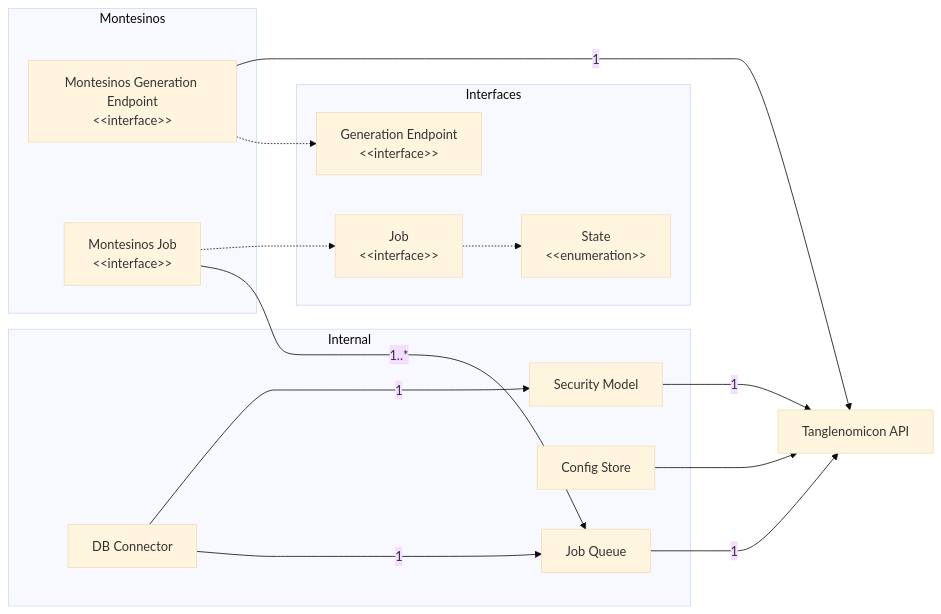
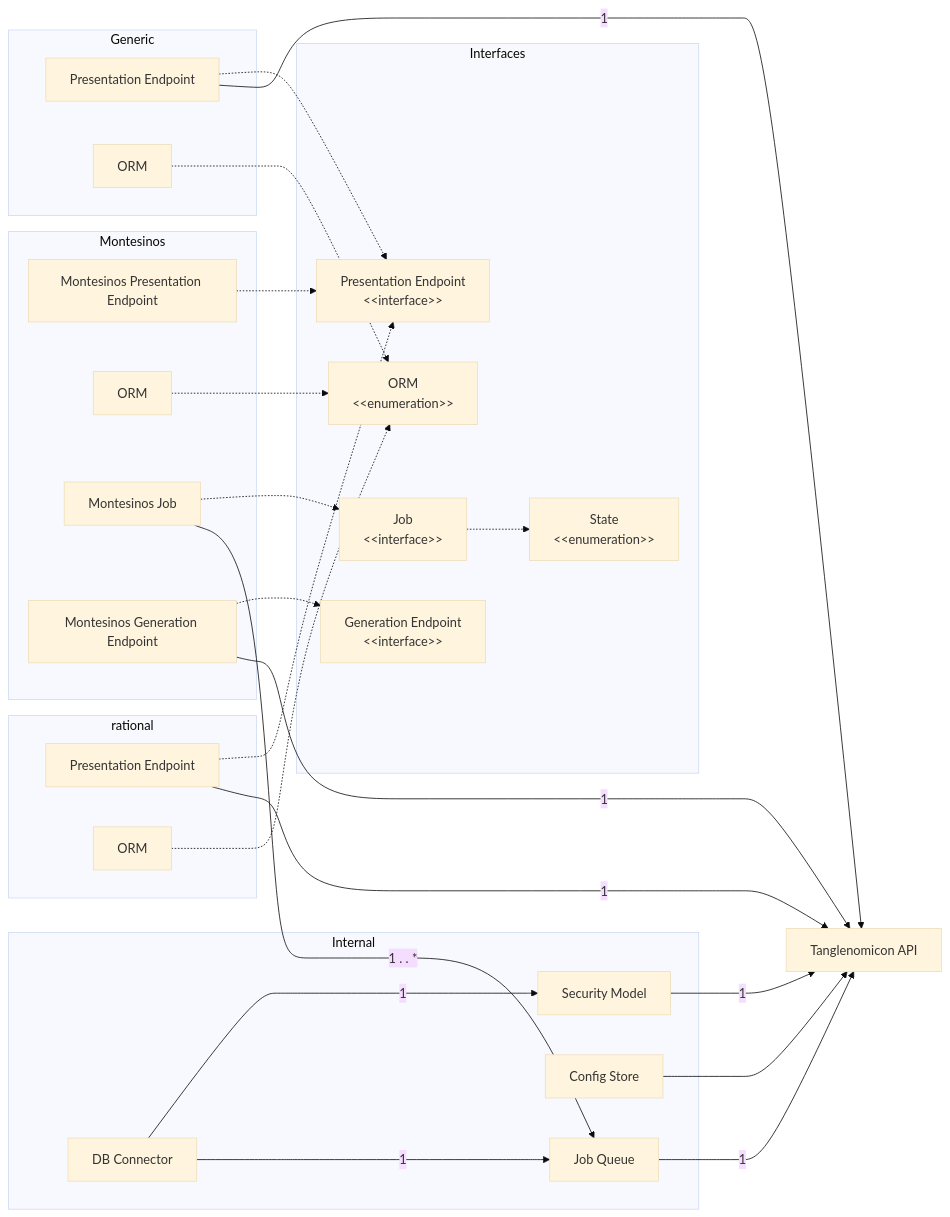
The second of 2 diagrams in README.md (Uiowa-Applied-Topology/web_API), drawn with Mermaid (base theme) before and after one commit. The commit also changed other lines of this file and 58 other files, not shown here.

````diff
--- a/README.md
+++ b/README.md
@@ -147,39 +171,56 @@
 ```mermaid
 
 flowchart LR
     tanglenomicon_data_api["Tanglenomicon API"]
-    subgraph  Interfaces
+    subgraph Interfaces
         age["Generation Endpoint\n&lt;&lt;interface&gt;&gt;"]
-
+        ape["Presentation Endpoint\n&lt;&lt;interface&gt;&gt;"]
         aj["Job\n&lt;&lt;interface&gt;&gt;"]
         es["State\n&lt;&lt;enumeration&gt;&gt;"]
+        o["ORM\n&lt;&lt;enumeration&gt;&gt;"]
     end
-
 
     subgraph Internal
         dc["DB Connector"]
         jq["Job Queue"]
         cs["Config Store"]
         sm["Security Model"]
     end
+
     subgraph Montesinos
-        mge["Montesinos Generation Endpoint\n&lt;&lt;interface&gt;&gt;"]
-
-
-        mj["Montesinos Job\n&lt;&lt;interface&gt;&gt;"]
-
+        mpe["Montesinos Presentation Endpoint"]
+        mo["ORM"]
+        mj["Montesinos Job"]
+        mge["Montesinos Generation Endpoint"]
     end
 
-    mj  ---> |1..*|jq
+    subgraph Generic
+        gpe["Presentation Endpoint"]
+        go["ORM"]
+    end
+    subgraph rational
+        rpe["Presentation Endpoint"]
+        ro["ORM"]
+    end
+
+    rpe --->|1| tanglenomicon_data_api
+    mge --->|1| tanglenomicon_data_api
+    jq --->|1| tanglenomicon_data_api
+    sm --->|1| tanglenomicon_data_api
+    gpe --->|1| tanglenomicon_data_api
+    cs ---> tanglenomicon_data_api
+    dc --->|1| jq
+    dc --->|1| sm
+    mj --->|1 . . *| jq
+    mpe -.-> ape
+    mj -.-> aj
+    mo -.-> o
     mge -.-> age
-    mj -.-> aj
     aj -.-> es
-    cs  ---> tanglenomicon_data_api
-    jq  ---> |1| tanglenomicon_data_api
-    mge ---> |1| tanglenomicon_data_api
-    sm  ---> |1| tanglenomicon_data_api
-    dc  ---> |1| jq
-    dc  ---> |1| sm
+    gpe -.-> ape
+    go -.-> o
+    rpe -.-> ape
+    ro -.-> o
 
 
 ```
````
